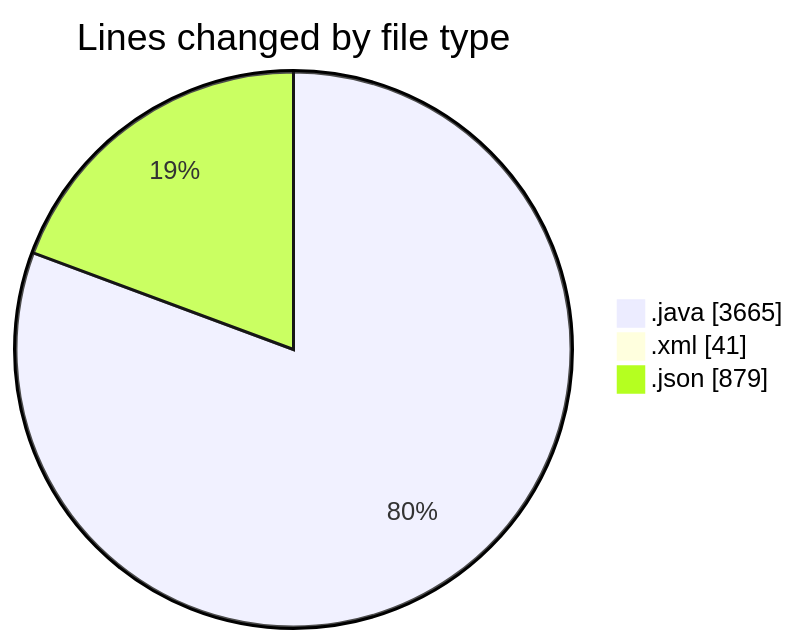
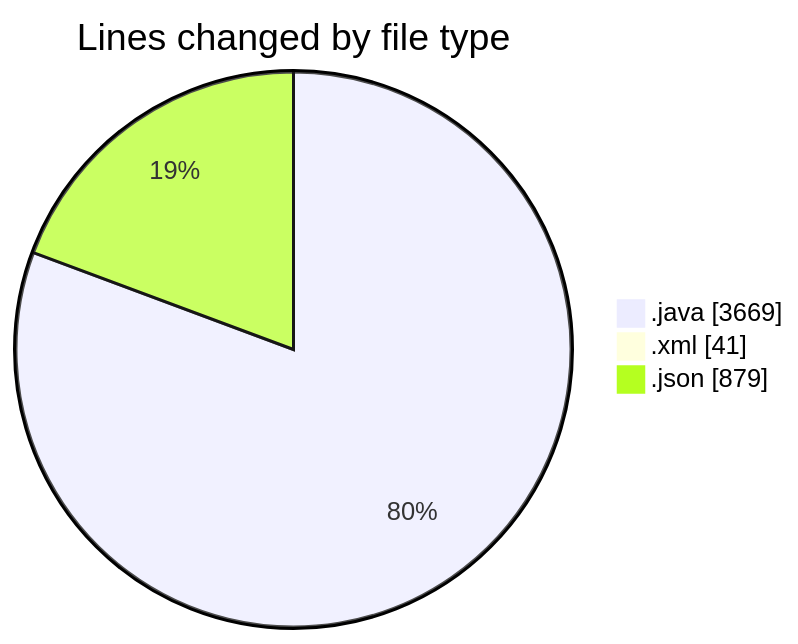
One commit to ricardozamudiocil/code-tracking changed the first of 2 diagrams in 2026-03-10/cilapp/README.md. Above: the diagram before and after it, drawn with Mermaid. The commit also changed other lines of this file and 1 other file, not shown here.

````diff
--- a/2026-03-10/cilapp/README.md
+++ b/2026-03-10/cilapp/README.md
@@ -23,7 +23,7 @@
 ```mermaid
 pie showData
 title Lines changed by file type
-".java" : 3665
+".java" : 3669
 ".xml" : 41
 ".json" : 879
 ```
````
